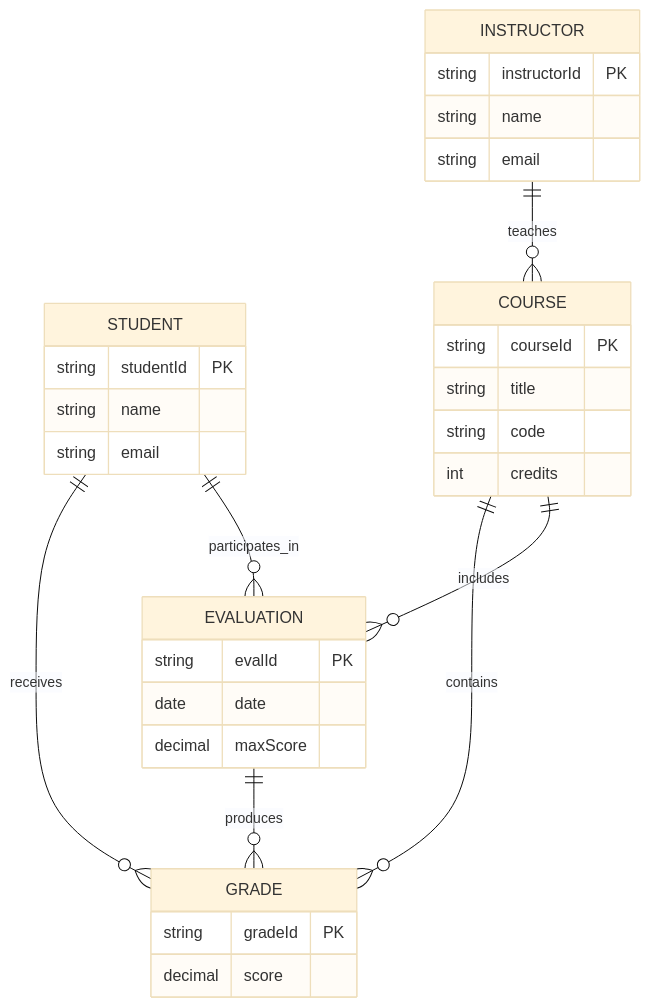
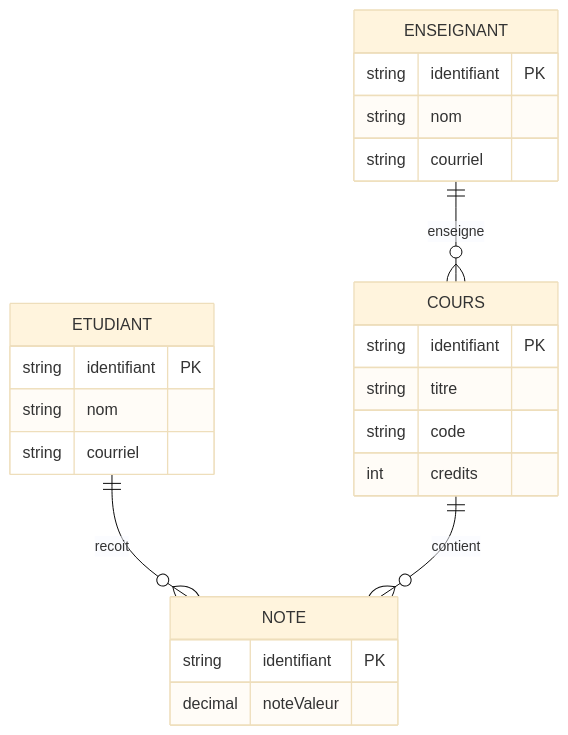
One commit to ihabChaker/EXAM_THYP_25-26 changed the first of 2 diagrams in README.md. Above: the diagram before and after it, drawn with Mermaid (base theme). The commit also changed other lines of this file and 1 other file, not shown here.

````diff
--- a/README.md
+++ b/README.md
@@ -8,36 +8,28 @@
 ```mermaid
 erDiagram
-		STUDENT {
-			string studentId PK
-			string name
-			string email
+		ETUDIANT {
+			string identifiant PK
+			string nom
+			string courriel
 		}
-		COURSE {
-			string courseId PK
-			string title
+		COURS {
+			string identifiant PK
+			string titre
 			string code
 			int credits
 		}
-		INSTRUCTOR {
-			string instructorId PK
-			string name
-			string email
+		ENSEIGNANT {
+			string identifiant PK
+			string nom
+			string courriel
 		}
-		EVALUATION {
-			string evalId PK
-			date date
-			decimal maxScore
-		}
-		GRADE {
-			string gradeId PK
-			decimal score
+		NOTE {
+			string identifiant PK
+			decimal noteValeur
 		}
 
-		STUDENT ||--o{ GRADE : receives
-		COURSE ||--o{ GRADE : contains
-		EVALUATION ||--o{ GRADE : produces
-		INSTRUCTOR ||--o{ COURSE : teaches
-		COURSE ||--o{ EVALUATION : includes
-		STUDENT ||--o{ EVALUATION : participates_in
+		ETUDIANT ||--o{ NOTE : recoit
+		COURS ||--o{ NOTE : contient
+		ENSEIGNANT ||--o{ COURS : enseigne
 
 ```
````
